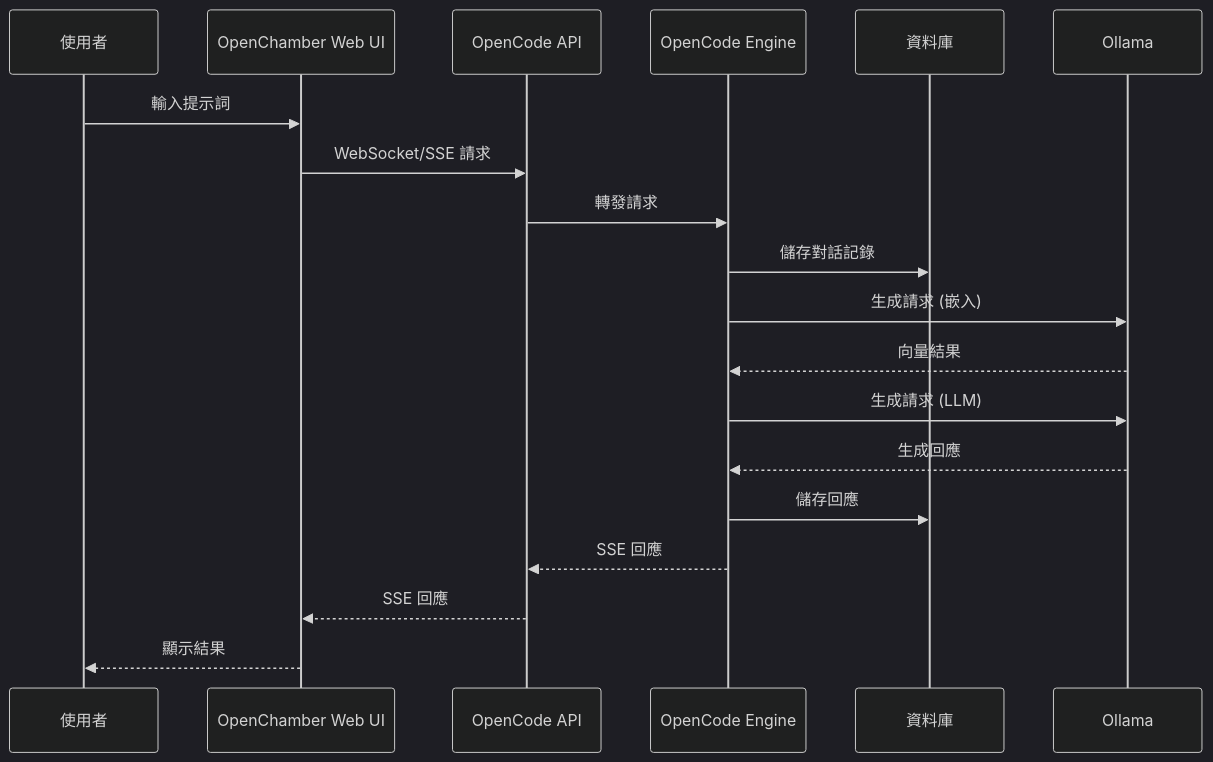
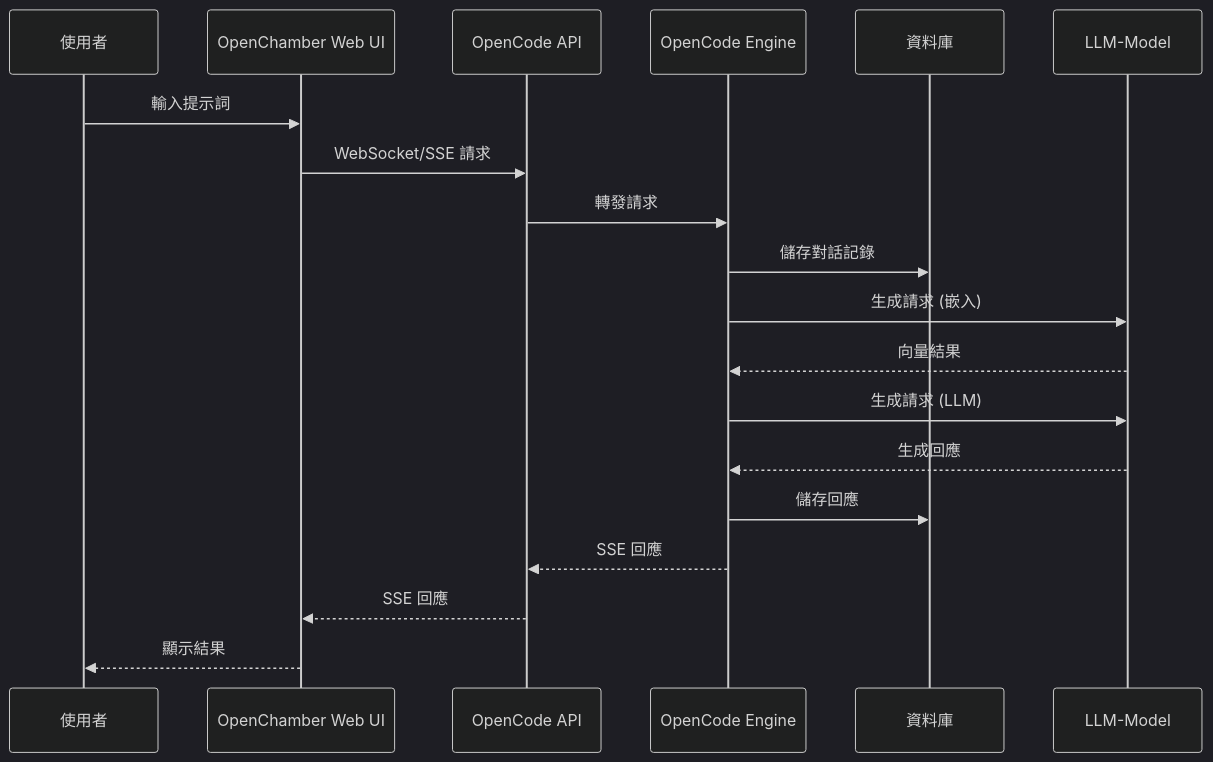
The fifth of 10 diagrams in docs/ARCHITECTURE.md (tryweb/ai-engkit), drawn with Mermaid (dark theme) before and after one commit. The commit also changed other lines of this file, not shown here.

First line of the commit message:
docs: clean remaining ollama/lancedb references in ARCHITECTURE.md

````diff
--- a/docs/ARCHITECTURE.md
+++ b/docs/ARCHITECTURE.md
@@ -156,22 +156,22 @@
 ```mermaid
 sequenceDiagram
     participant U as 使用者
     participant UI as OpenChamber Web UI
     participant API as OpenCode API
     participant OC as OpenCode Engine
     participant DB as 資料庫
-    participant OL as Ollama
+    participant OL as LLM-Model
 
     U->>UI: 輸入提示詞
     UI->>API: WebSocket/SSE 請求
     API->>OC: 轉發請求
     OC->>DB: 儲存對話記錄
     OC->>OL: 生成請求 (嵌入)
     OL-->>OC: 向量結果
     OC->>OL: 生成請求 (LLM)
     OL-->>OC: 生成回應
     OC->>DB: 儲存回應
     OC-->>API: SSE 回應
     API-->>UI: SSE 回應
     UI-->>U: 顯示結果
 ```
````
